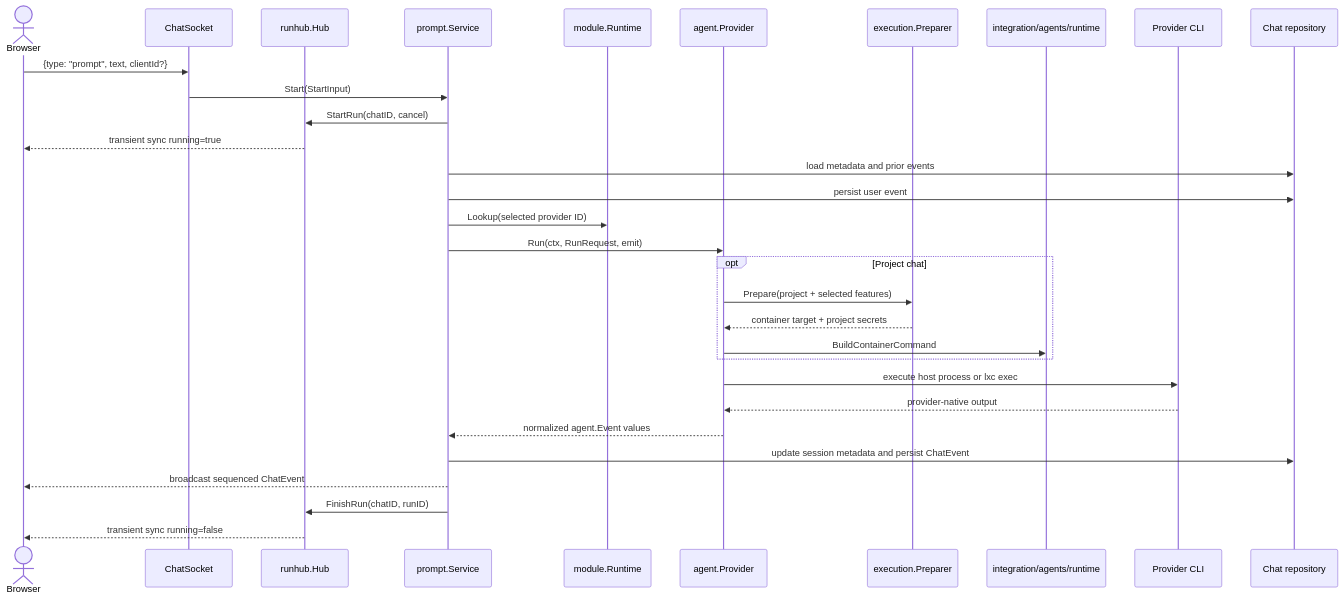
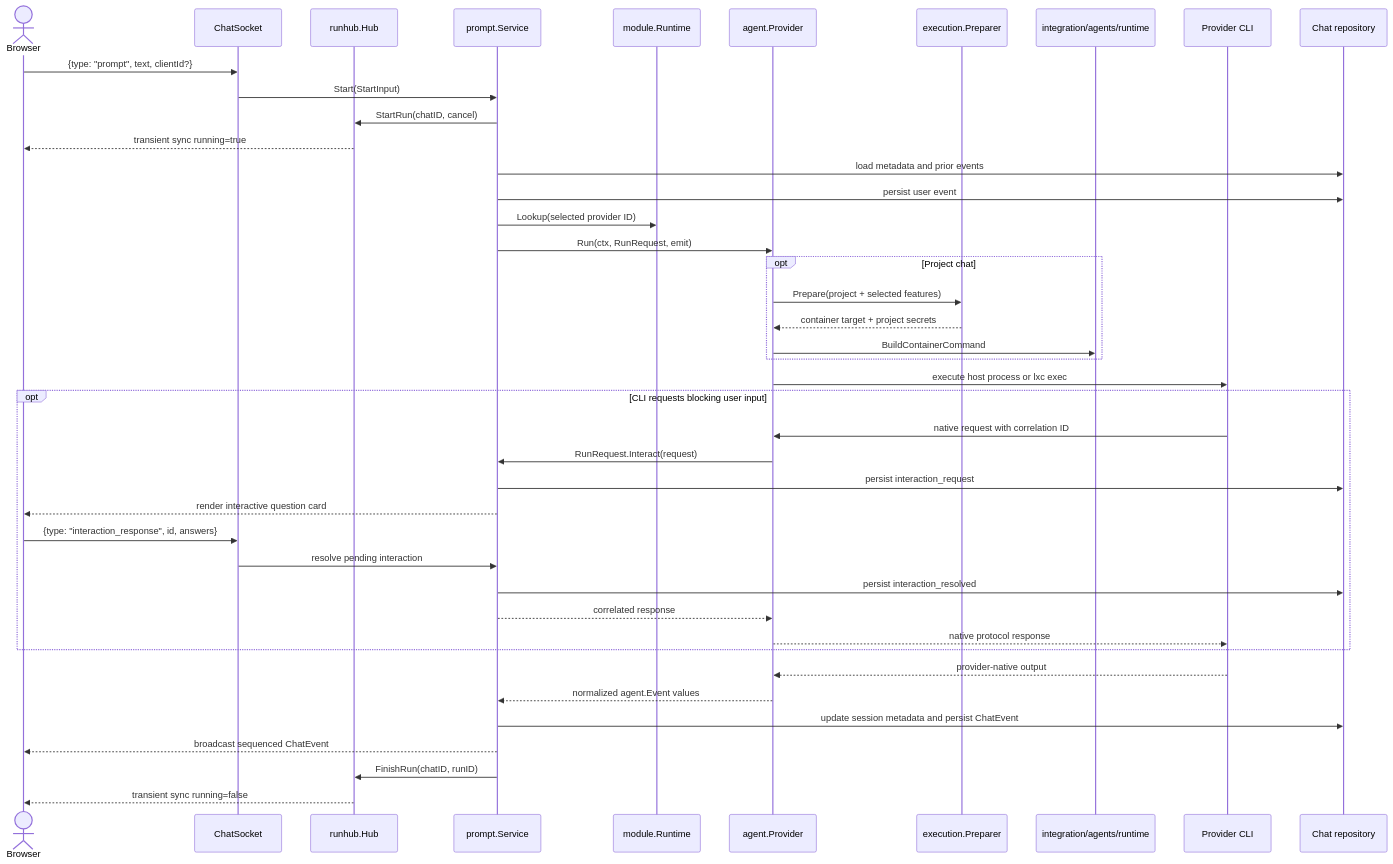
The diagram in docs/dev/agents/02-runtime-and-event-parsing.md (AbdallahMohamedDotnet/remote.futrx), drawn with Mermaid before and after one commit. The commit also changed other lines of this file and 56 other files, not shown here.

Commit message:
feat(codex): bridge native user input requests

````diff
--- a/docs/dev/agents/02-runtime-and-event-parsing.md
+++ b/docs/dev/agents/02-runtime-and-event-parsing.md
@@ -10,34 +10,45 @@
 ```mermaid
 sequenceDiagram
     actor Browser
     participant Socket as ChatSocket
     participant Hub as runhub.Hub
     participant Prompt as prompt.Service
     participant Runtime as module.Runtime
     participant Provider as agent.Provider
     participant Prep as execution.Preparer
     participant Cmd as integration/agents/runtime
     participant CLI as Provider CLI
     participant Store as Chat repository
 
     Browser->>Socket: {type: "prompt", text, clientId?}
     Socket->>Prompt: Start(StartInput)
     Prompt->>Hub: StartRun(chatID, cancel)
     Hub-->>Browser: transient sync running=true
     Prompt->>Store: load metadata and prior events
     Prompt->>Store: persist user event
     Prompt->>Runtime: Lookup(selected provider ID)
     Prompt->>Provider: Run(ctx, RunRequest, emit)
     opt Project chat
         Provider->>Prep: Prepare(project + selected features)
         Prep-->>Provider: container target + project secrets
         Provider->>Cmd: BuildContainerCommand
     end
     Provider->>CLI: execute host process or lxc exec
+    opt CLI requests blocking user input
+        CLI->>Provider: native request with correlation ID
+        Provider->>Prompt: RunRequest.Interact(request)
+        Prompt->>Store: persist interaction_request
+        Prompt-->>Browser: render interactive question card
+        Browser->>Socket: {type: "interaction_response", id, answers}
+        Socket->>Prompt: resolve pending interaction
+        Prompt->>Store: persist interaction_resolved
+        Prompt-->>Provider: correlated response
+        Provider-->>CLI: native protocol response
+    end
     CLI-->>Provider: provider-native output
     Provider-->>Prompt: normalized agent.Event values
     Prompt->>Store: update session metadata and persist ChatEvent
     Prompt-->>Browser: broadcast sequenced ChatEvent
     Prompt->>Hub: FinishRun(chatID, runID)
     Hub-->>Browser: transient sync running=false
 ```
````
